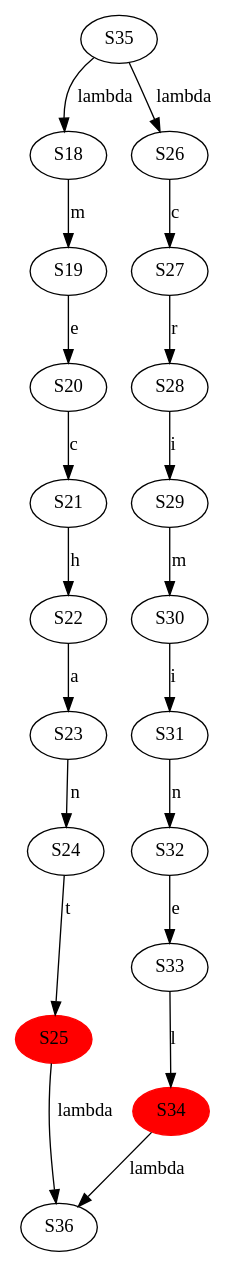
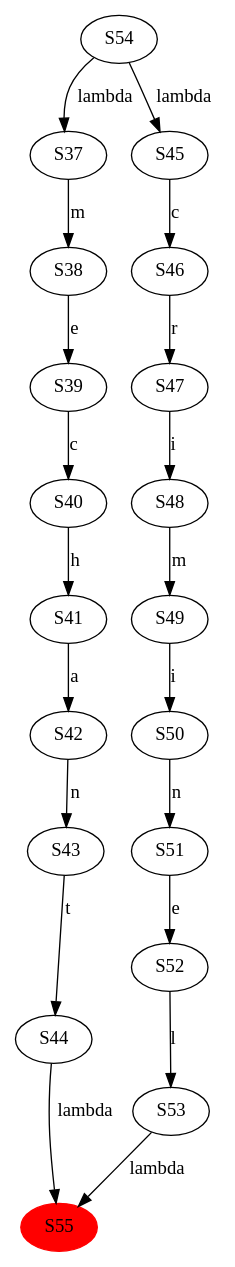
The diagram in purgatory/etape6/union2.dot (Adpa18/RushHell), drawn with Graphviz before and after one commit. The commit also changed 10 other files, not shown here.

```diff
--- a/purgatory/etape6/union2.dot
+++ b/purgatory/etape6/union2.dot
@@ -1,23 +1,22 @@
 digraph fsa {
-  S35 -> S18 [label="lambda"];
-  S35 -> S26 [label="lambda"];
-  S18 -> S19 [label="m"];
-  S19 -> S20 [label="e"];
-  S20 -> S21 [label="c"];
-  S21 -> S22 [label="h"];
-  S22 -> S23 [label="a"];
-  S23 -> S24 [label="n"];
-  S24 -> S25 [label="t"];
-  S25 [style="filled" color="red"]
-  S25 -> S36 [label="lambda"];
-  S26 -> S27 [label="c"];
-  S27 -> S28 [label="r"];
-  S28 -> S29 [label="i"];
-  S29 -> S30 [label="m"];
-  S30 -> S31 [label="i"];
-  S31 -> S32 [label="n"];
-  S32 -> S33 [label="e"];
-  S33 -> S34 [label="l"];
-  S34 [style="filled" color="red"]
-  S34 -> S36 [label="lambda"];
+  S54 -> S37 [label="lambda"];
+  S54 -> S45 [label="lambda"];
+  S55 [style="filled" color="red"]
+  S37 -> S38 [label="m"];
+  S38 -> S39 [label="e"];
+  S39 -> S40 [label="c"];
+  S40 -> S41 [label="h"];
+  S41 -> S42 [label="a"];
+  S42 -> S43 [label="n"];
+  S43 -> S44 [label="t"];
+  S44 -> S55 [label="lambda"];
+  S45 -> S46 [label="c"];
+  S46 -> S47 [label="r"];
+  S47 -> S48 [label="i"];
+  S48 -> S49 [label="m"];
+  S49 -> S50 [label="i"];
+  S50 -> S51 [label="n"];
+  S51 -> S52 [label="e"];
+  S52 -> S53 [label="l"];
+  S53 -> S55 [label="lambda"];
 }
```
